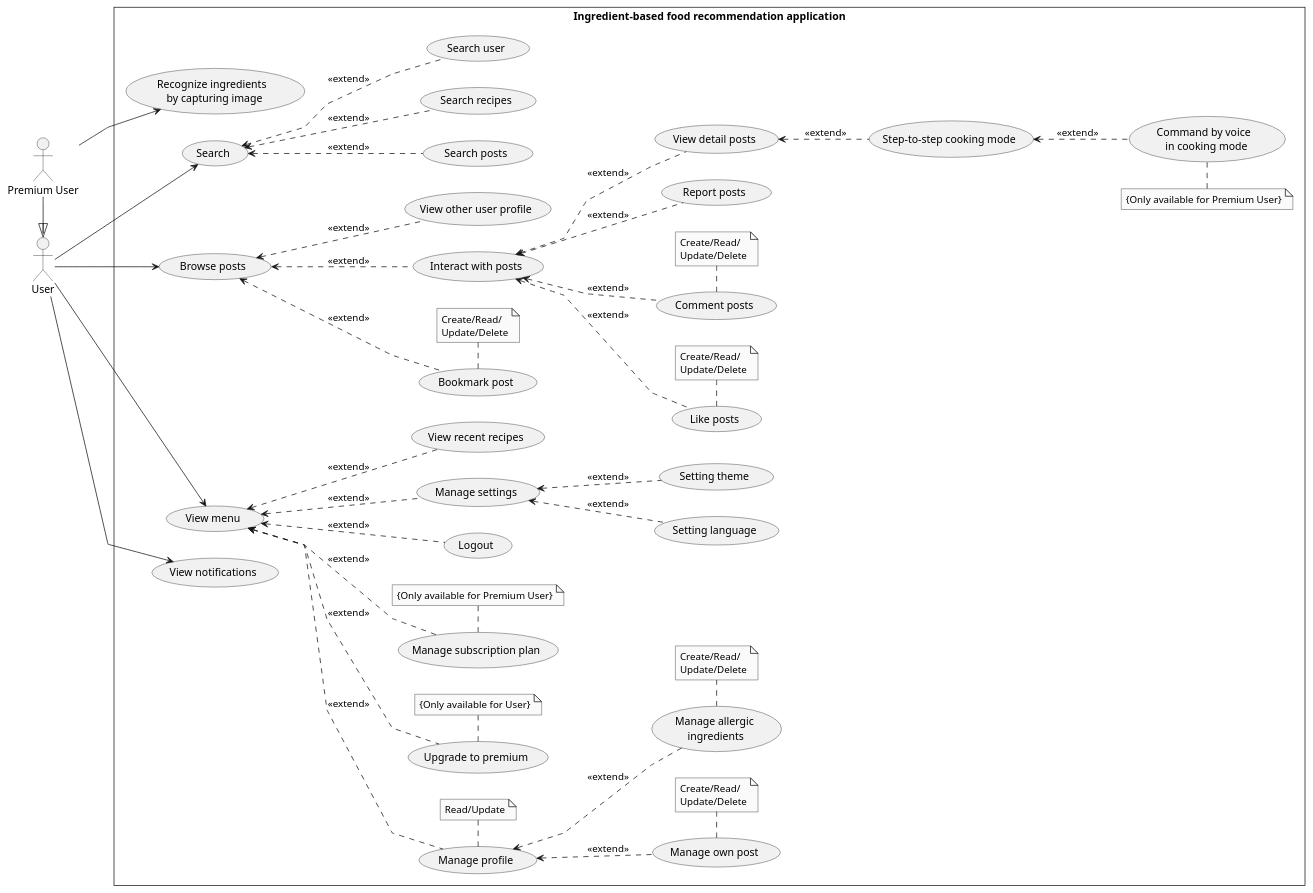
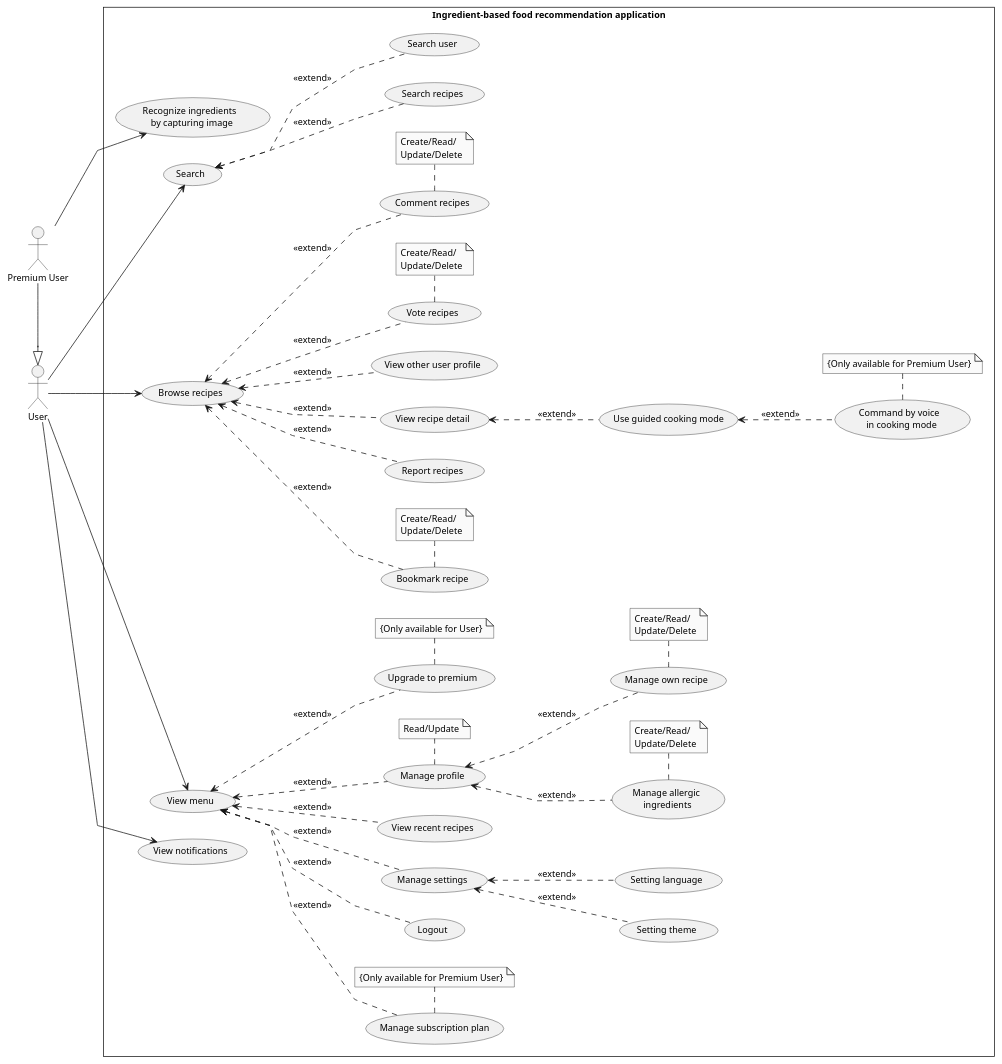
One commit to Carl-Johnsons/tastopia changed the diagram in doc/SRS/Usecase/UserUsecase.plantuml. Above: the diagram before and after it, drawn with PlantUML. The commit also changed 2 other files, not shown here.

Commit message:
doc: add admin_usecase, update user_usecase and guest_usecase

```diff
--- a/doc/SRS/Usecase/UserUsecase.plantuml
+++ b/doc/SRS/Usecase/UserUsecase.plantuml
@@ -1,107 +1,103 @@
-@startuml
+@startuml UserUsecase
 skinparam style strictuml
 skinparam monochrome true
 skinparam linetype polyline
+skinparam defaultFontSize 12
 left to right direction
 actor "User" as user
 actor "Premium User" as pUser
 ' actor "Admin" as admin
-
-
-
 rectangle Ingredient-based<U+0020>food<U+0020>recommendation<U+0020>application {
     usecase "Logout" as ucLogout
 
     usecase "Search" as ucSearch
-    usecase "Search posts" as ucSearchPosts
     usecase "Search recipes" as ucSearchRecipes
     usecase "Search user" as ucSearchUser
 
-    usecase "Browse posts" as ucBrowsePosts
-    usecase "Interact with posts" as ucInteractPosts
-    usecase "Like posts" as ucLikePost
-    usecase "Comment posts" as ucCmtPost
-    usecase "Report posts" as ucReportPost
-    usecase "Bookmark post" as ucBookmarkPost
-    usecase "View detail posts" as ucViewDetailPost
-    usecase "Step-to-step cooking mode" as ucStepToStepCCM
+    usecase "Browse recipes" as ucBrowseRecipes
+    usecase "Vote recipes" as ucVoteRecipe
+    usecase "Comment recipes" as ucCmtRecipe
+    usecase "Report recipes" as ucReportRecipe
+    usecase "Bookmark recipe" as ucBookmarkRecipe
+    usecase "View recipe detail" as ucViewRecipeDetail
+    usecase "Use guided cooking mode" as ucGuidedCCM
     usecase "View other user profile" as ucViewUSProfile
 
     usecase "View menu" as ucViewMenu
     usecase "Manage profile" as ucManageProfile
-    usecase "Manage own post" as ucManagePost
+    usecase "Manage own recipe" as ucManageRecipe
     usecase "Manage allergic\n ingredients" as ucManageAller
     usecase "Manage settings" as ucManageSetting
     usecase "Setting language" as ucSetLang
     usecase "Setting theme" as ucSetTheme
     usecase "View recent recipes" as ucViewRecentRecipes
     usecase "Upgrade to premium" as ucUpgradeToPremium
 
     usecase "View notifications" as ucViewNotif
-    note "Create/Read/\nUpdate/Delete" as noteManagePost
+    note "Create/Read/\nUpdate/Delete" as noteManageRecipe
     note "Create/Read/\nUpdate/Delete" as noteManageAller
     note "Read/Update" as noteManageProfile
-    note "Create/Read/\nUpdate/Delete" as noteLikePost
-    note "Create/Read/\nUpdate/Delete" as noteCmtPost
-    note "Create/Read/\nUpdate/Delete" as noteBookmarkPost
+    note "Create/Read/\nUpdate/Delete" as noteVoteRecipe
+    note "Create/Read/\nUpdate/Delete" as noteCmtRecipe
+    note "Create/Read/\nUpdate/Delete" as noteBookmarkRecipe
     note "{Only available for User}" as noteUpgradeToPremium
 
     
 '   usecase "View statistic" as ucViewStatistic
 '   usecase "View report" as ucViewRepost
 '   usecase "Administer users" as ucAdmUser
 '   usecase "Administer permission" as ucAdmPermis
-'   usecase "Administer posts" as ucAdmPost
+'   usecase "Administer recipes" as ucAdmRecipe
 '   usecase "Administer recipes" as ucAdmRecipes
 '   usecase "Administer ingredients" as ucAdmIngre
     user --> ucSearch
         ucSearch <.. ucSearchUser : <<extend>>
-        ucSearch <.. ucSearchPosts : <<extend>>
         ucSearch <.. ucSearchRecipes : <<extend>>
 
-    user --> ucBrowsePosts
-        ucBrowsePosts <.. ucInteractPosts : <<extend>>
-            ucInteractPosts <.. ucLikePost : <<extend>>
-                ucLikePost . noteLikePost
-            ucInteractPosts <.. ucCmtPost : <<extend>>
-                ucCmtPost . noteCmtPost
-            ucInteractPosts <.. ucReportPost : <<extend>>
-            ucInteractPosts <.. ucViewDetailPost : <<extend>>
-                ucViewDetailPost <.. ucStepToStepCCM : <<extend>>
-        ucBrowsePosts <.. ucBookmarkPost : <<extend>>
-            ucBookmarkPost . noteBookmarkPost
-        ucBrowsePosts <.. ucViewUSProfile : <<extend>>
+    user --> ucBrowseRecipes
+        ucBrowseRecipes <.. ucVoteRecipe : <<extend>>
+            ucVoteRecipe . noteVoteRecipe
+        ucBrowseRecipes <.. ucCmtRecipe : <<extend>>
+            ucCmtRecipe . noteCmtRecipe
+        ucBrowseRecipes <.. ucReportRecipe : <<extend>>
+        ucBrowseRecipes <.. ucViewRecipeDetail : <<extend>>
+            ucViewRecipeDetail <.. ucGuidedCCM : <<extend>>
+        ucBrowseRecipes <.. ucBookmarkRecipe : <<extend>>
+            ucBookmarkRecipe . noteBookmarkRecipe
+        ucBrowseRecipes <.. ucViewUSProfile : <<extend>>
 
     user --> ucViewMenu
         ucViewMenu <.. ucManageProfile : <<extend>>
             ucManageProfile . noteManageProfile
-            ucManageProfile <.. ucManagePost : <<extend>>
-                ucManagePost . noteManagePost
+            ucManageProfile <.. ucManageRecipe : <<extend>>
+                ucManageRecipe . noteManageRecipe
             ucManageProfile <.. ucManageAller : <<extend>>
                 ucManageAller . noteManageAller
         ucViewMenu <.. ucManageSetting : <<extend>>
             ucManageSetting <.. ucSetLang : <<extend>>
             ucManageSetting <.. ucSetTheme : <<extend>>
         ucViewMenu <.. ucViewRecentRecipes : <<extend>>
         ucViewMenu <.. ucUpgradeToPremium : <<extend>>
             ucUpgradeToPremium . noteUpgradeToPremium
         ucViewMenu <.. ucLogout : <<extend>>
 
     user --> ucViewNotif
 
 
     usecase "Command by voice \n in cooking mode" as ucCommandVoiceCCM
     usecase "Recognize ingredients \n by capturing image" as ucRecognizeIngre
     usecase "Manage subscription plan" as ucMngSubcriptPlan
 
     note "{Only available for Premium User}" as noteMngSubcriptPlan
+    note "{Only available for Premium User}" as noteCommandVoiceCCM
+
 
     pUser -|> user
     pUser --> ucRecognizeIngre
-    ucStepToStepCCM <.. ucCommandVoiceCCM : <<extend>>
+    ucGuidedCCM <.. ucCommandVoiceCCM : <<extend>>
+        ucCommandVoiceCCM . noteCommandVoiceCCM
     ucViewMenu <.. ucMngSubcriptPlan : <<extend>>
         ucMngSubcriptPlan . noteMngSubcriptPlan
-    note top of ucCommandVoiceCCM: {Only available for Premium User}
 }
 
 @enduml
```
